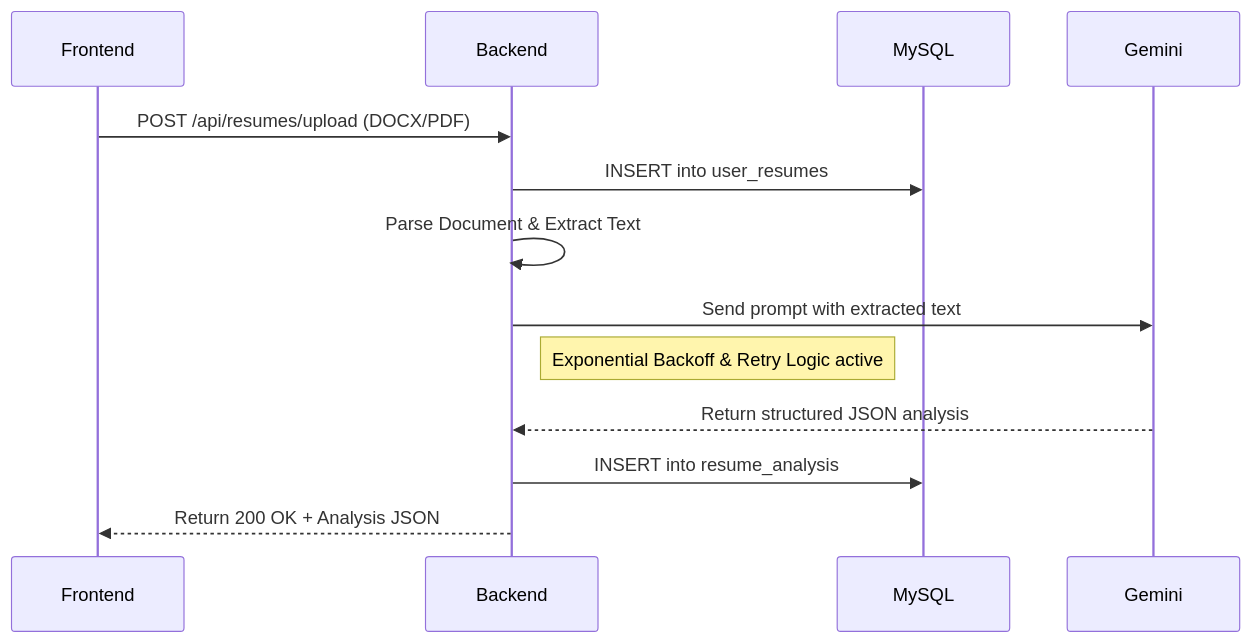
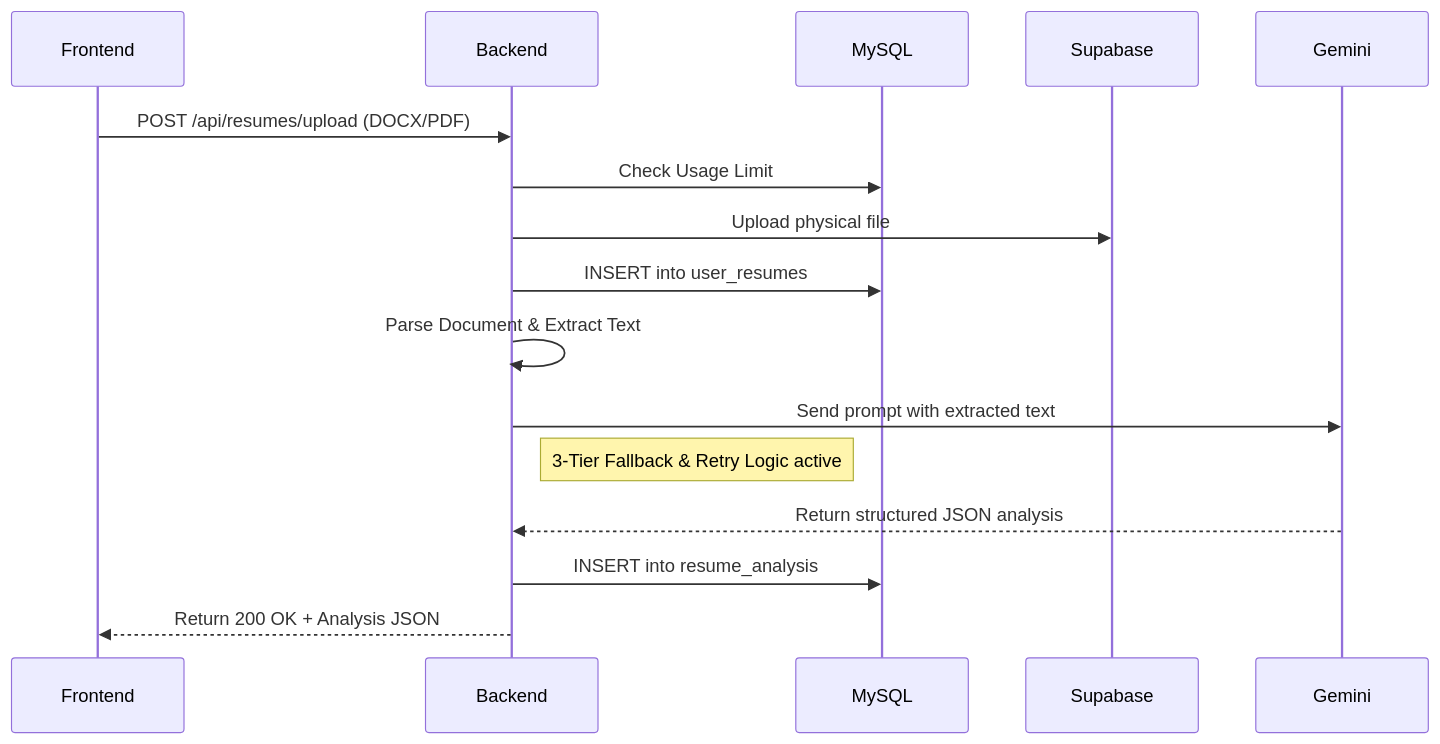
One commit to bhavik-sorathiya/SkillWise changed the second of 3 diagrams in docs/architecture.md. Above: the diagram before and after it, drawn with Mermaid. The commit also changed other lines of this file and 6 other files, not shown here.

Commit message:
Updated system documentation for new architecture

````diff
--- a/docs/architecture.md
+++ b/docs/architecture.md
@@ -38,16 +40,19 @@
 ```mermaid
 sequenceDiagram
   participant FE as Frontend
   participant API as Backend
   participant DB as MySQL
+  participant CLOUD as Supabase
   participant AI as Gemini
 
   FE->>API: POST /api/resumes/upload (DOCX/PDF)
+  API->>DB: Check Usage Limit
+  API->>CLOUD: Upload physical file
   API->>DB: INSERT into user_resumes
   API->>API: Parse Document & Extract Text
   API->>AI: Send prompt with extracted text
-  Note right of API: Exponential Backoff & Retry Logic active
+  Note right of API: 3-Tier Fallback & Retry Logic active
   AI-->>API: Return structured JSON analysis
   API->>DB: INSERT into resume_analysis
   API-->>FE: Return 200 OK + Analysis JSON
 ```
````
